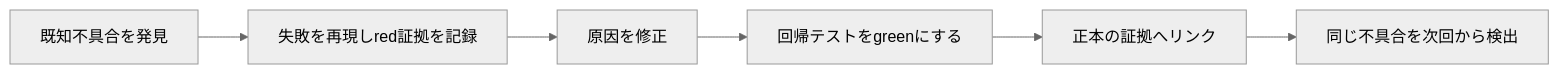
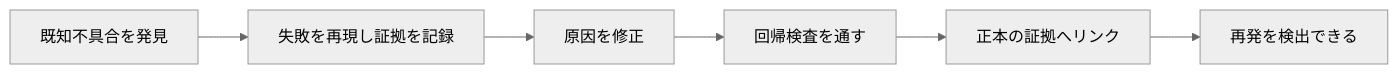
The fourth of 4 diagrams in docs/articles/qiita-harness-engineering-retrospective.md (kenta-0420/mannschaft), drawn with Mermaid (neutral theme) before and after one commit. The commit also changed other lines of this file, not shown here.

````diff
--- a/docs/articles/qiita-harness-engineering-retrospective.md
+++ b/docs/articles/qiita-harness-engineering-retrospective.md
@@ -149,8 +142,8 @@
 ```mermaid
 flowchart LR
-  K[既知不具合を発見] --> R[失敗を再現しred証拠を記録]
+  K[既知不具合を発見] --> R[失敗を再現し証拠を記録]
   R --> F[原因を修正]
-  F --> G[回帰テストをgreenにする]
+  F --> G[回帰検査を通す]
   G --> D[正本の証拠へリンク]
-  D --> N[同じ不具合を次回から検出]
+  D --> N[再発を検出できる]
 ```
````
